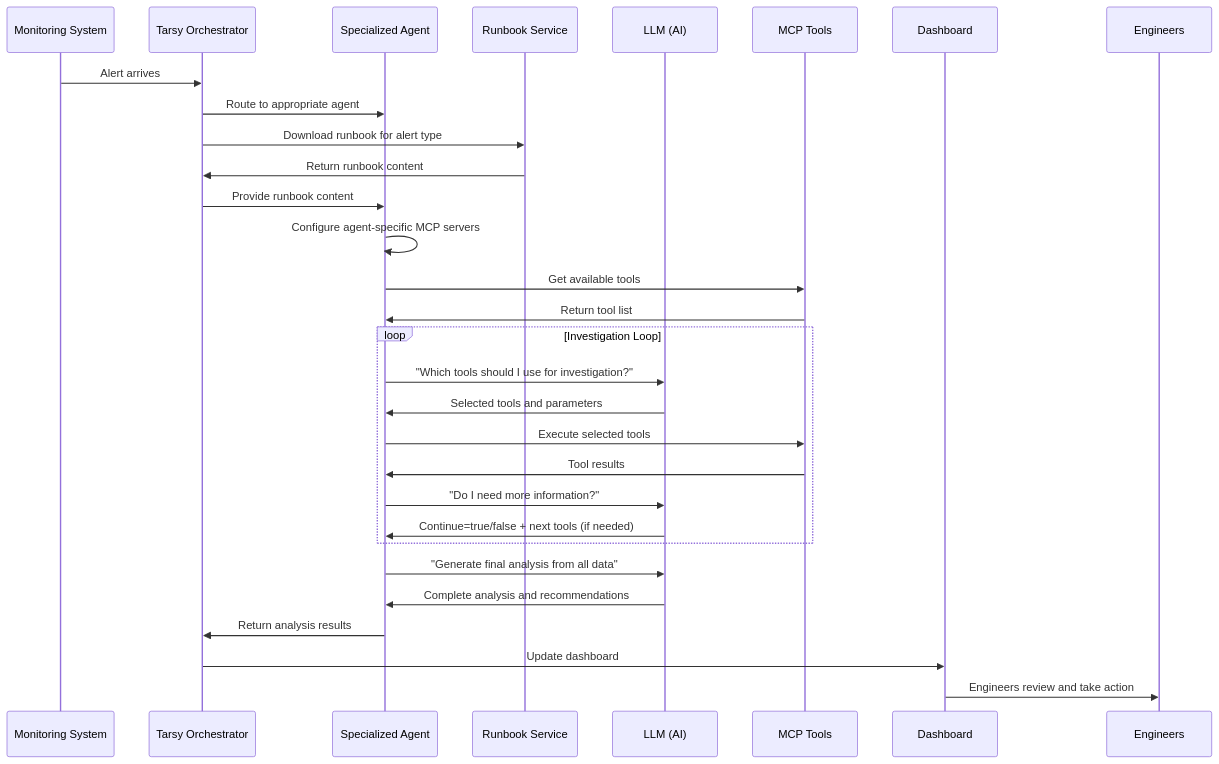
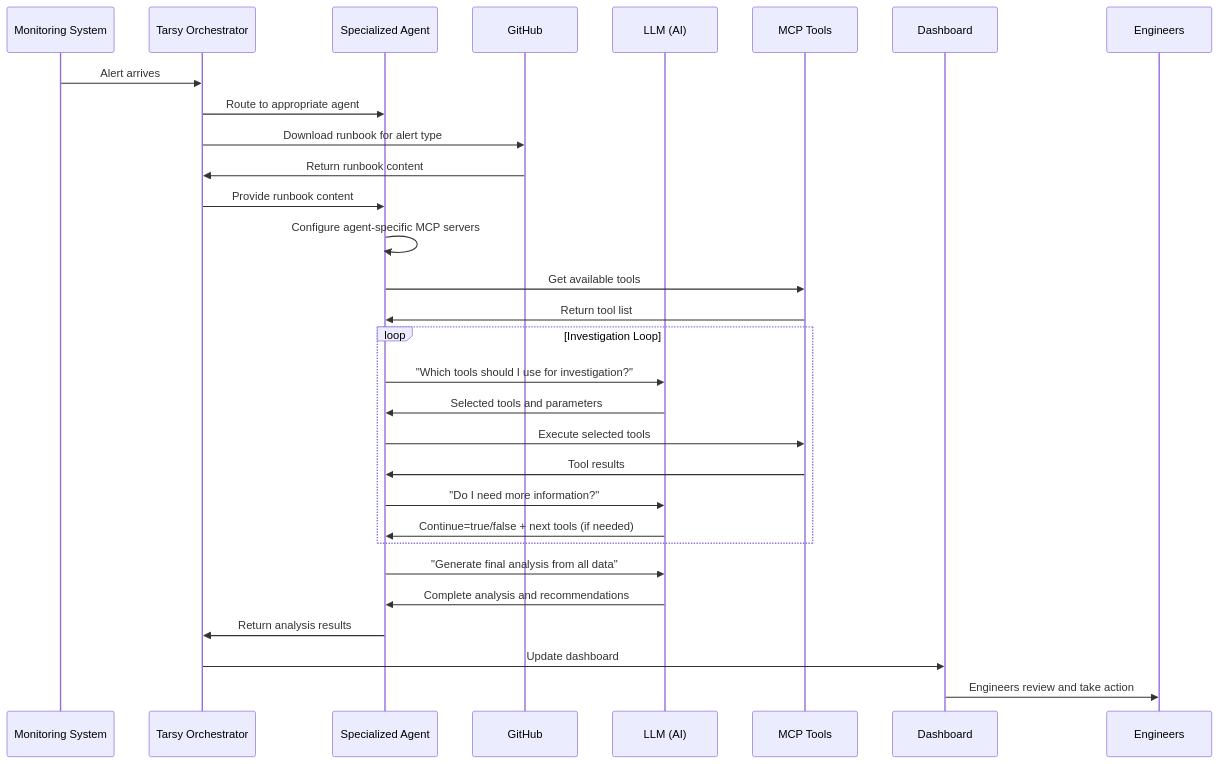
Before and after one commit to codeready-toolchain/tarsy-bot: the second of 3 diagrams in docs/architecture-overview.md, drawn with Mermaid. The commit also changed 1 other file, not shown here.

Commit message:
diagrams

````diff
--- a/docs/architecture-overview.md
+++ b/docs/architecture-overview.md
@@ -46,35 +46,35 @@
 ```mermaid
 sequenceDiagram
     participant M as Monitoring System
     participant T as Tarsy Orchestrator  
     participant A as Specialized Agent
-    participant R as Runbook Service
+    participant R as GitHub
     participant L as LLM (AI)
     participant MCP as MCP Tools
     participant D as Dashboard
     participant E as Engineers
 
     M->>T: Alert arrives
     T->>A: Route to appropriate agent
     T->>R: Download runbook for alert type
     R->>T: Return runbook content
     T->>A: Provide runbook content
     A->>A: Configure agent-specific MCP servers
     A->>MCP: Get available tools
     MCP->>A: Return tool list
     
     loop Investigation Loop
         A->>L: "Which tools should I use for investigation?"
         L->>A: Selected tools and parameters
         A->>MCP: Execute selected tools
         MCP->>A: Tool results
         A->>L: "Do I need more information?"
         L->>A: Continue=true/false + next tools (if needed)
     end
     
     A->>L: "Generate final analysis from all data"
     L->>A: Complete analysis and recommendations
     A->>T: Return analysis results
     T->>D: Update dashboard
     D->>E: Engineers review and take action
 ```
````
